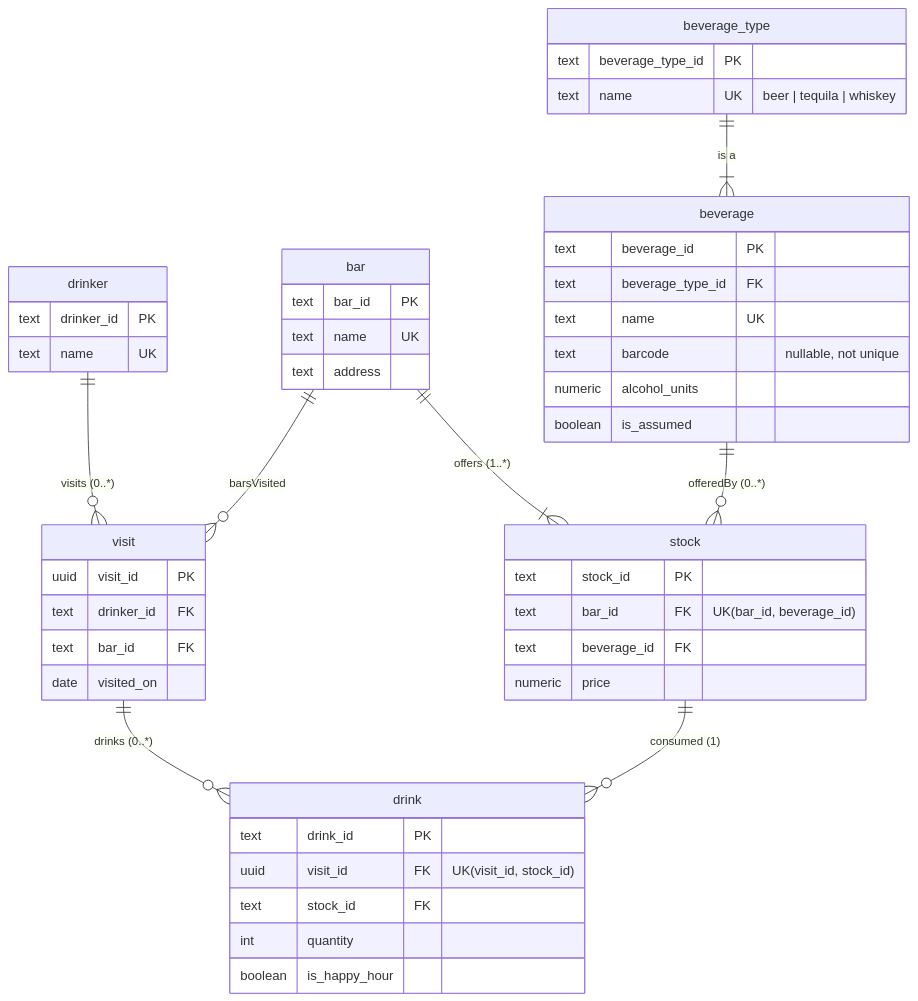
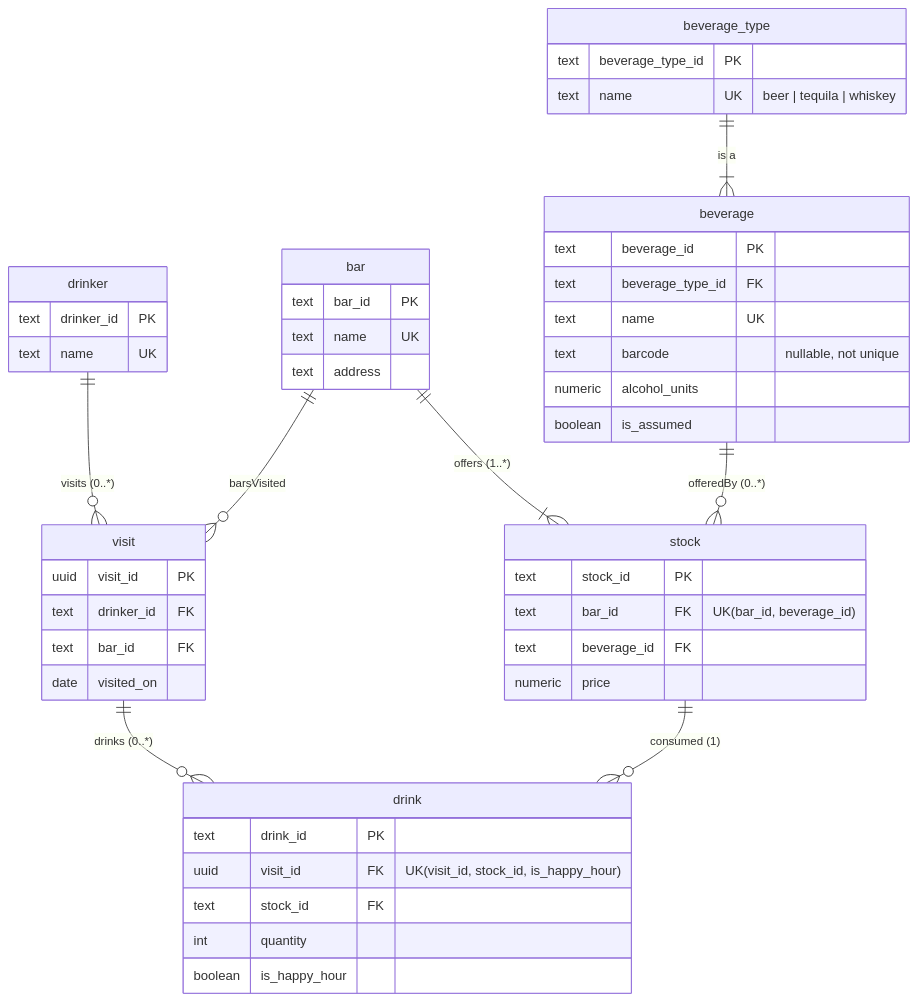
Before and after one commit to YoshlinPillay/kandua-assessment: the diagram in docs/erm/README.md, drawn with Mermaid. The commit also changed 46 other files, not shown here.

````diff
--- a/docs/erm/README.md
+++ b/docs/erm/README.md
@@ -6,51 +6,51 @@
 ```mermaid
 erDiagram
     drinker       ||--o{ visit    : "visits (0..*)"
     bar           ||--o{ visit    : "barsVisited"
     bar           ||--|{ stock    : "offers (1..*)"
     beverage      ||--o{ stock    : "offeredBy (0..*)"
     beverage_type ||--|{ beverage : "is a"
     visit         ||--o{ drink    : "drinks (0..*)"
     stock         ||--o{ drink    : "consumed (1)"
 
     drinker {
         text drinker_id PK
         text name UK
     }
     bar {
         text bar_id PK
         text name UK
         text address
     }
     beverage_type {
         text beverage_type_id PK
         text name UK "beer | tequila | whiskey"
     }
     beverage {
         text beverage_id PK
         text beverage_type_id FK
         text name UK
         text barcode "nullable, not unique"
         numeric alcohol_units
         boolean is_assumed
     }
     stock {
         text stock_id PK
         text bar_id FK "UK(bar_id, beverage_id)"
         text beverage_id FK
         numeric price
     }
     visit {
         uuid visit_id PK
         text drinker_id FK
         text bar_id FK
         date visited_on
     }
     drink {
         text drink_id PK
-        uuid visit_id FK "UK(visit_id, stock_id)"
+        uuid visit_id FK "UK(visit_id, stock_id, is_happy_hour)"
         text stock_id FK
         int quantity
         boolean is_happy_hour
     }
 ```
````
